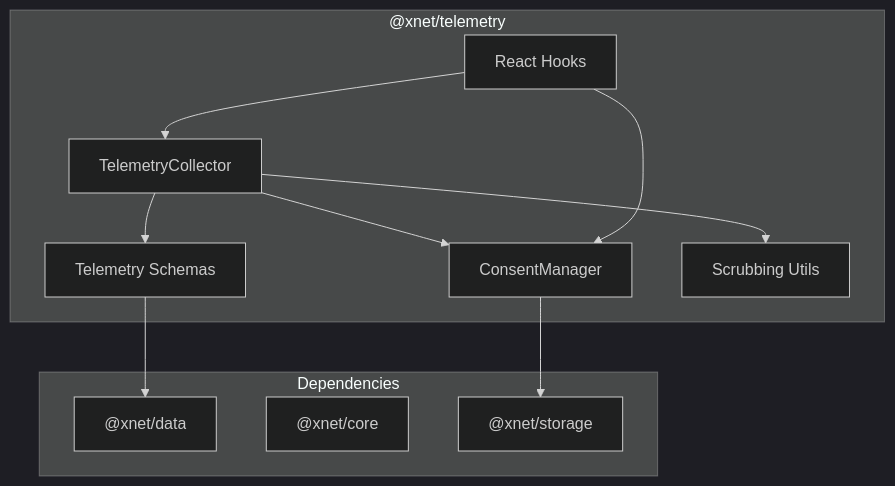
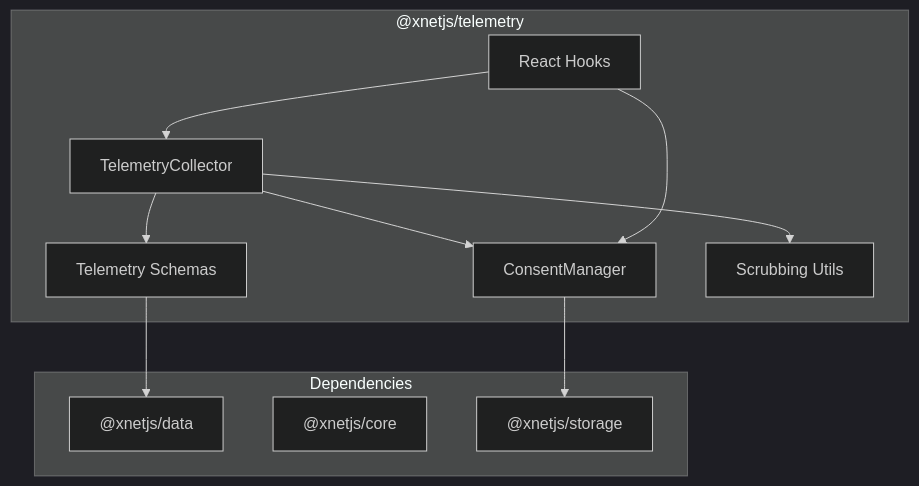
The diagram in docs/plans/plan03_1TelemetryAndNetworkSecurity/01-telemetry-package.md (crs48/xNet), drawn with Mermaid (dark theme) before and after one commit. The commit also changed other lines of this file and 980 other files, not shown here.

````diff
--- a/docs/plans/plan03_1TelemetryAndNetworkSecurity/01-telemetry-package.md
+++ b/docs/plans/plan03_1TelemetryAndNetworkSecurity/01-telemetry-package.md
@@ -12,24 +12,24 @@
 ```mermaid
 flowchart TD
-    subgraph telemetry["@xnet/telemetry"]
+    subgraph telemetry["@xnetjs/telemetry"]
         SCHEMAS[Telemetry Schemas]
         CONSENT[ConsentManager]
         COLLECTOR[TelemetryCollector]
         SCRUB[Scrubbing Utils]
         HOOKS[React Hooks]
     end
 
     subgraph deps["Dependencies"]
-        DATA["@xnet/data"]
-        CORE["@xnet/core"]
-        STORAGE["@xnet/storage"]
+        DATA["@xnetjs/data"]
+        CORE["@xnetjs/core"]
+        STORAGE["@xnetjs/storage"]
     end
 
     SCHEMAS --> DATA
     CONSENT --> STORAGE
     COLLECTOR --> SCHEMAS
     COLLECTOR --> CONSENT
     COLLECTOR --> SCRUB
     HOOKS --> COLLECTOR
     HOOKS --> CONSENT
 ```
````
